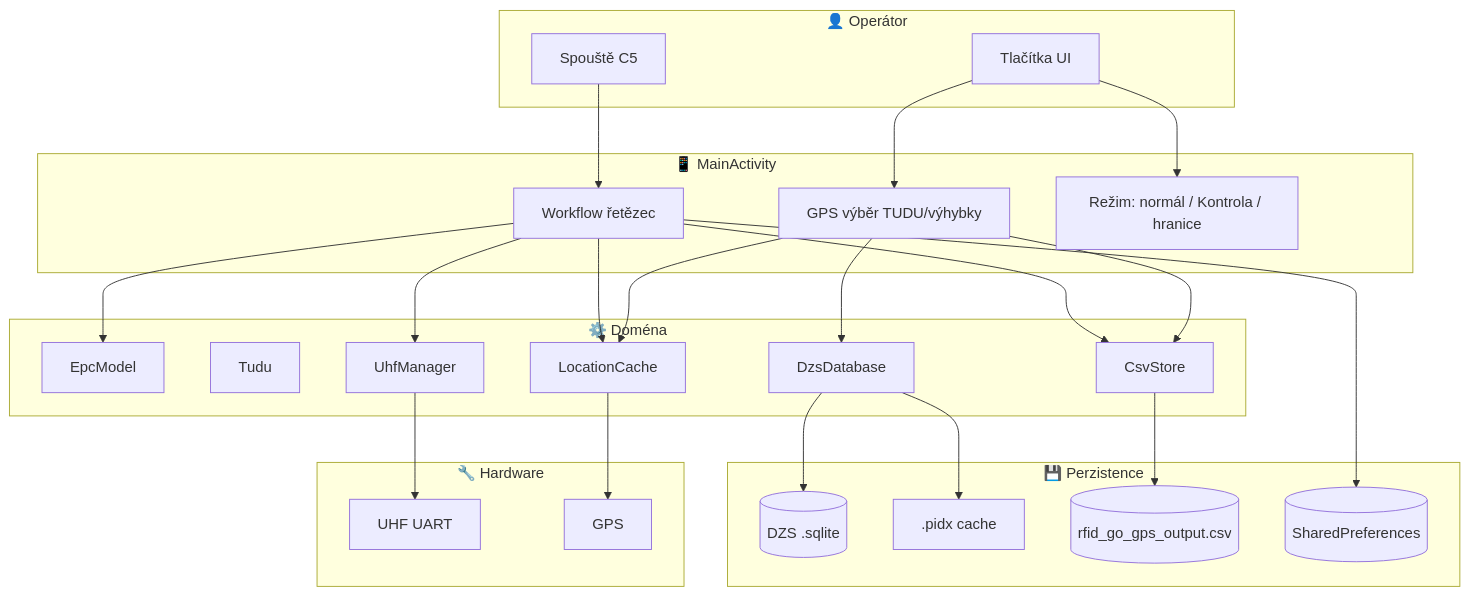
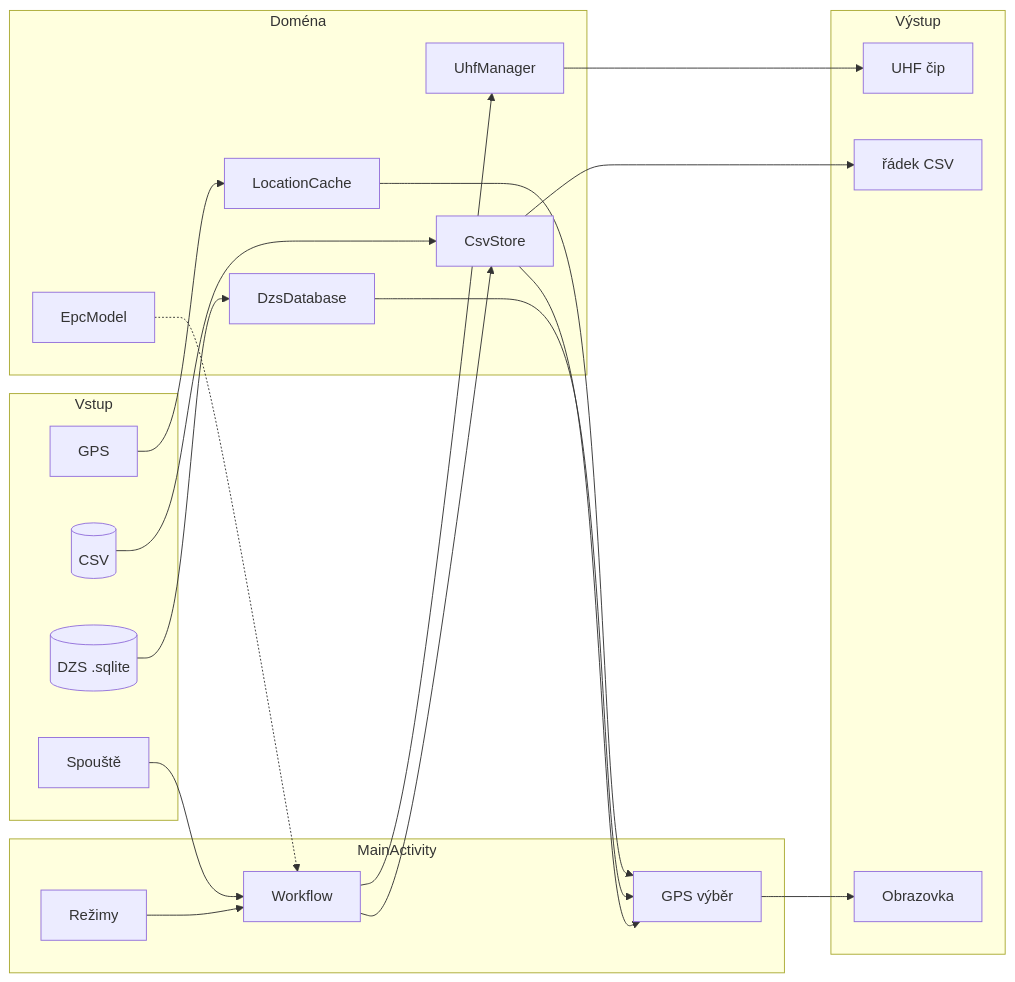
The first of 9 diagrams in docs/prirucka-vyvojare.md (tofiapp/rfid_go_gps), drawn with Mermaid before and after one commit. The commit also changed other lines of this file and 5 other files, not shown here.

First line of the commit message:
docs: mohutné vylepšení vývojářské příručky + HTML Mermaid

````diff
--- a/docs/prirucka-vyvojare.md
+++ b/docs/prirucka-vyvojare.md
@@ -64,44 +63,38 @@
 ```mermaid
-flowchart TB
-    subgraph OPERATOR["👤 Operátor"]
-        TRIG[Spouště C5]
-        UI_BTN[Tlačítka UI]
+flowchart LR
+    subgraph IN["Vstup"]
+        T[Spouště]
+        G[GPS]
+        D[(DZS .sqlite)]
+        C[(CSV)]
     end
 
-    subgraph APP["📱 MainActivity"]
-        WF[Workflow řetězec]
-        GPS_SEL[GPS výběr TUDU/výhybky]
-        MODE[Režim: normál / Kontrola / hranice]
+    subgraph ORCH["MainActivity"]
+        W[Workflow]
+        S[GPS výběr]
+        M[Režimy]
     end
 
-    subgraph DOMAIN["⚙️ Doména"]
-        EPC[EpcModel]
-        TUDU[Tudu]
+    subgraph DOM["Doména"]
+        UHF[UhfManager]
         DZS[DzsDatabase]
         CSV[CsvStore]
-        UHF[UhfManager]
+        EPC[EpcModel]
         LOC[LocationCache]
     end
 
-    subgraph PERSIST["💾 Perzistence"]
-        DB[("DZS .sqlite")]
-        PIDX[".pidx cache"]
-        OUT[("rfid_go_gps_output.csv")]
-        PREFS[("SharedPreferences")]
+    subgraph OUT["Výstup"]
+        TAG[UHF čip]
+        ROW[řádek CSV]
+        UI[Obrazovka]
     end
 
-    subgraph HW["🔧 Hardware"]
-        RFID[UHF UART]
-        GPSHW[GPS]
-    end
-
-    TRIG --> WF
-    UI_BTN --> GPS_SEL & MODE
-    WF --> UHF & CSV & EPC & LOC
-    GPS_SEL --> DZS & LOC & CSV
-    DZS --> DB & PIDX
-    CSV --> OUT
-    WF --> PREFS
-    UHF --> RFID
-    LOC --> GPSHW
+    T --> W --> UHF --> TAG
+    W --> CSV --> ROW
+    G --> LOC --> S
+    D --> DZS --> S
+    C --> CSV --> S
+    S --> UI
+    M --> W
+    EPC -.-> W
 ```
````
